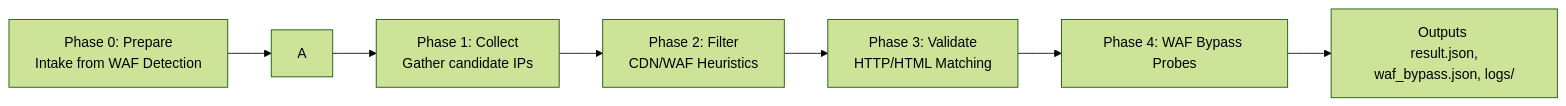
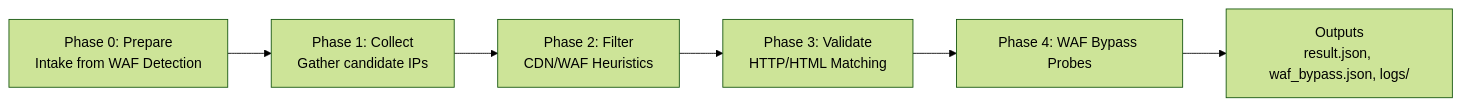
The first of 5 diagrams in README.md (4ll4u/testREADME), drawn with Mermaid (forest theme) before and after one commit.

````diff
--- a/README.md
+++ b/README.md
@@ -23,8 +23,8 @@
 ```mermaid
 flowchart LR
-    Z[Phase 0: Prepare <br> Intake from WAF Detection] -->    A --> B[Phase 1: Collect <br> Gather candidate IPs]
-    B --> C[Phase 2: Filter <br> CDN/WAF Heuristics]
-    C --> D[Phase 3: Validate <br> HTTP/HTML Matching]
+    Z[Phase 0: Prepare<br/>Intake from WAF Detection] --> B[Phase 1: Collect<br/>Gather candidate IPs]
+    B --> C[Phase 2: Filter<br/>CDN/WAF Heuristics]
+    C --> D[Phase 3: Validate<br/>HTTP/HTML Matching]
     D --> E[Phase 4: WAF Bypass Probes]
-    E --> F[Outputs <br> result.json, waf_bypass.json, logs/]
+    E --> F[Outputs<br/>result.json, waf_bypass.json, logs/]
 ```
````
